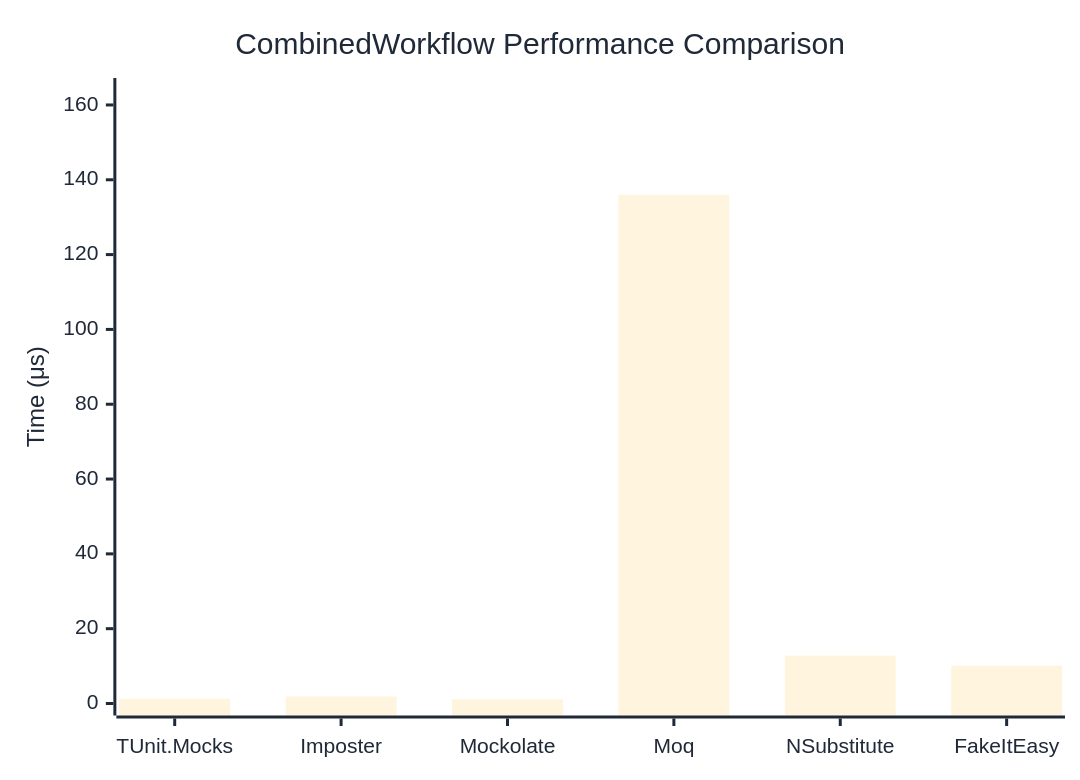
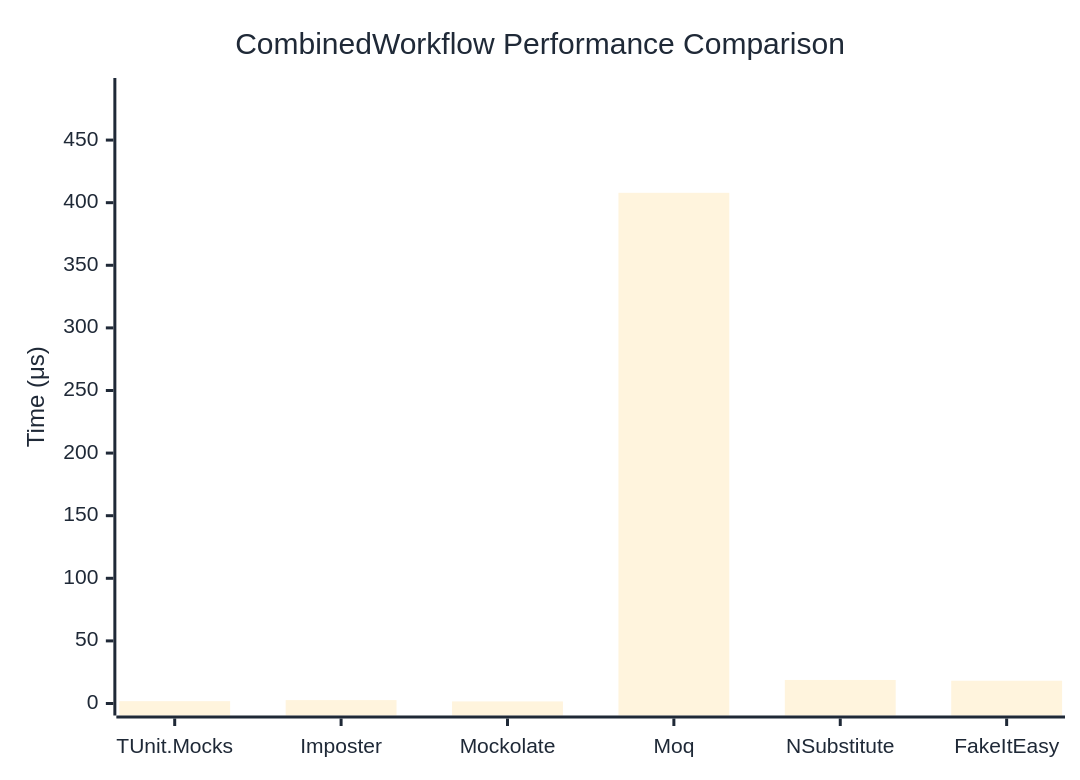
Before and after one commit to thomhurst/TUnit: the diagram in docs/docs/benchmarks/mocks/CombinedWorkflow.md, drawn with Mermaid. The commit also changed other lines of this file and 14 other files, not shown here.

````diff
--- a/docs/docs/benchmarks/mocks/CombinedWorkflow.md
+++ b/docs/docs/benchmarks/mocks/CombinedWorkflow.md
@@ -30,27 +30,27 @@
 ```mermaid
 %%{init: {
   'theme':'base',
   'themeVariables': {
     'primaryColor': '#2563eb',
     'primaryTextColor': '#1f2937',
     'primaryBorderColor': '#1e40af',
     'lineColor': '#6b7280',
     'secondaryColor': '#7c3aed',
     'tertiaryColor': '#dc2626',
     'background': '#ffffff',
     'pie1': '#2563eb',
     'pie2': '#7c3aed',
     'pie3': '#dc2626',
     'pie4': '#f59e0b',
     'pie5': '#10b981',
     'pie6': '#06b6d4',
     'pie7': '#ec4899',
     'pie8': '#6366f1'
   }
 }}%%
 xychart-beta
   title "CombinedWorkflow Performance Comparison"
   x-axis ["TUnit.Mocks", "Imposter", "Mockolate", "Moq", "NSubstitute", "FakeItEasy"]
-  y-axis "Time (μs)" 0 --> 164
-  bar [1.281, 1.859, 1.11, 135.982, 12.806, 10.095]
+  y-axis "Time (μs)" 0 --> 490
+  bar [1.878, 2.719, 1.664, 407.883, 18.794, 18.191]
 ```
````
